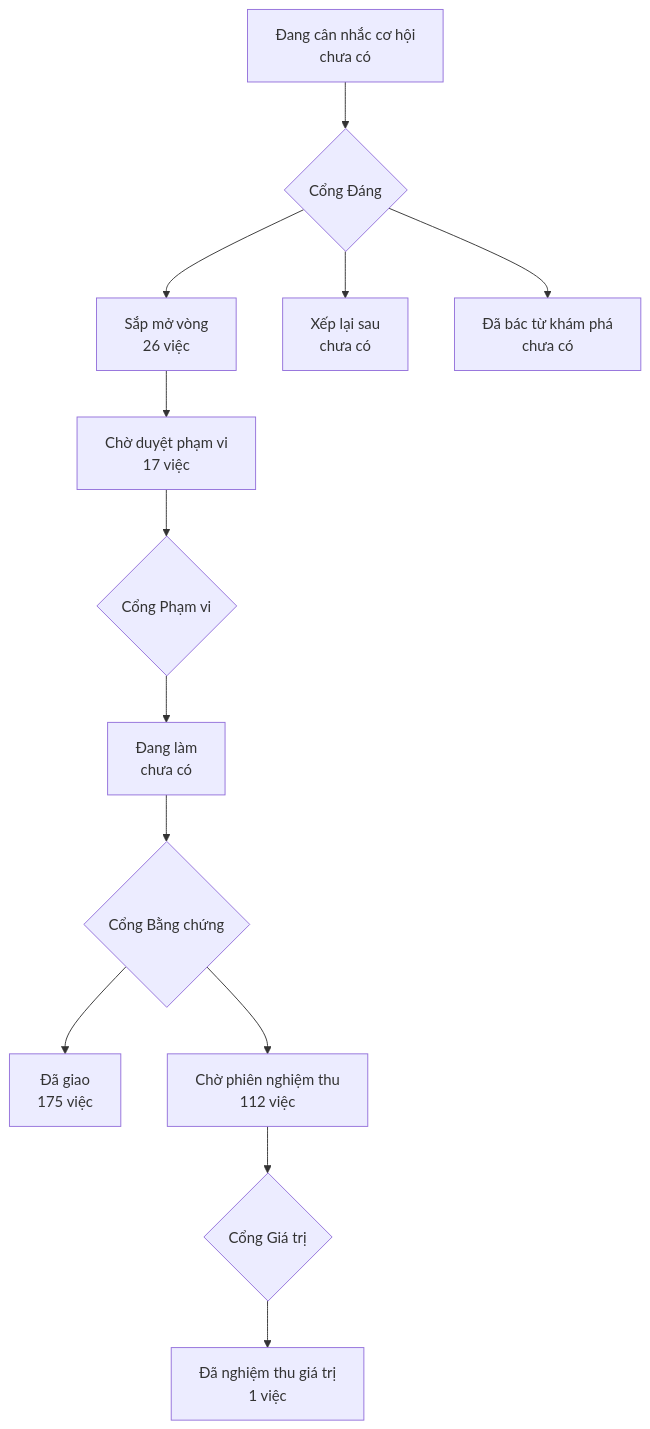
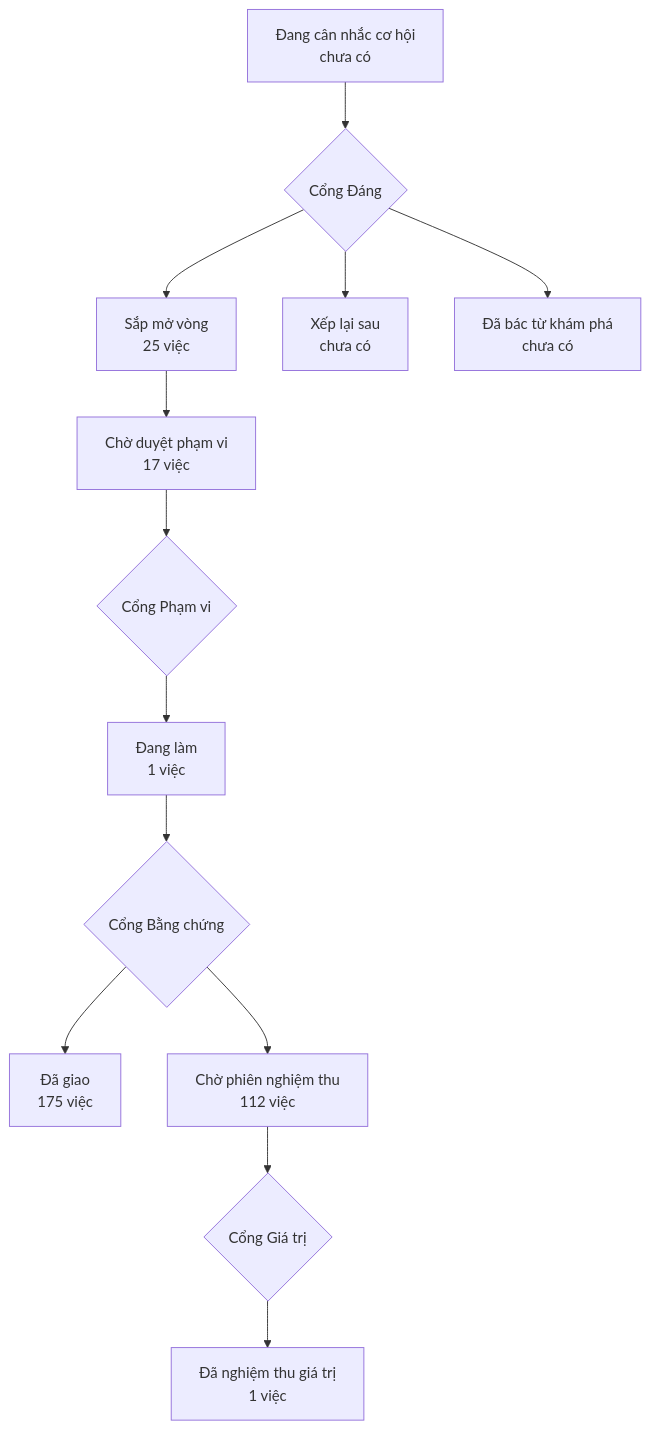
The diagram in PRODUCT-MAP.md (phanlemanh/onehub-invest), drawn with Mermaid before and after one commit. The commit also changed other lines of this file and 7 other files, not shown here.

````diff
--- a/PRODUCT-MAP.md
+++ b/PRODUCT-MAP.md
@@ -7,12 +7,12 @@
 ```mermaid
 flowchart TD
   A["Đang cân nhắc cơ hội<br/>chưa có"] --> GD{"Cổng Đáng"}
-  GD --> B["Sắp mở vòng<br/>26 việc"]
+  GD --> B["Sắp mở vòng<br/>25 việc"]
   GD --> XL["Xếp lại sau<br/>chưa có"]
   GD --> DB["Đã bác từ khám phá<br/>chưa có"]
   B --> CD["Chờ duyệt phạm vi<br/>17 việc"] --> GP{"Cổng Phạm vi"}
-  GP --> DL["Đang làm<br/>chưa có"] --> GB{"Cổng Bằng chứng"}
+  GP --> DL["Đang làm<br/>1 việc"] --> GB{"Cổng Bằng chứng"}
   GB --> DG["Đã giao<br/>175 việc"]
   GB --> CN["Chờ phiên nghiệm thu<br/>112 việc"] --> GG{"Cổng Giá trị"}
   GG --> NT["Đã nghiệm thu giá trị<br/>1 việc"]
 ```
````
